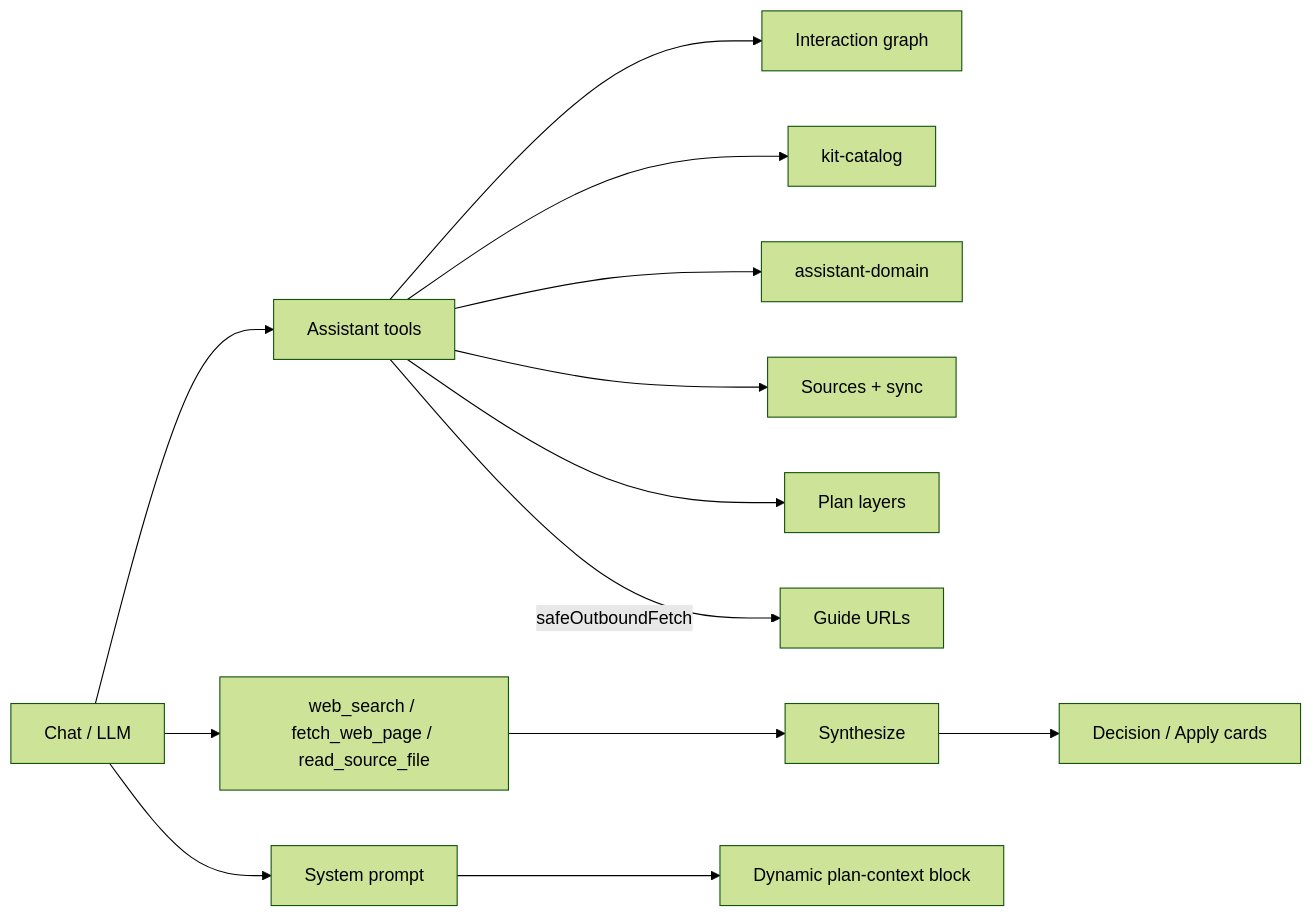
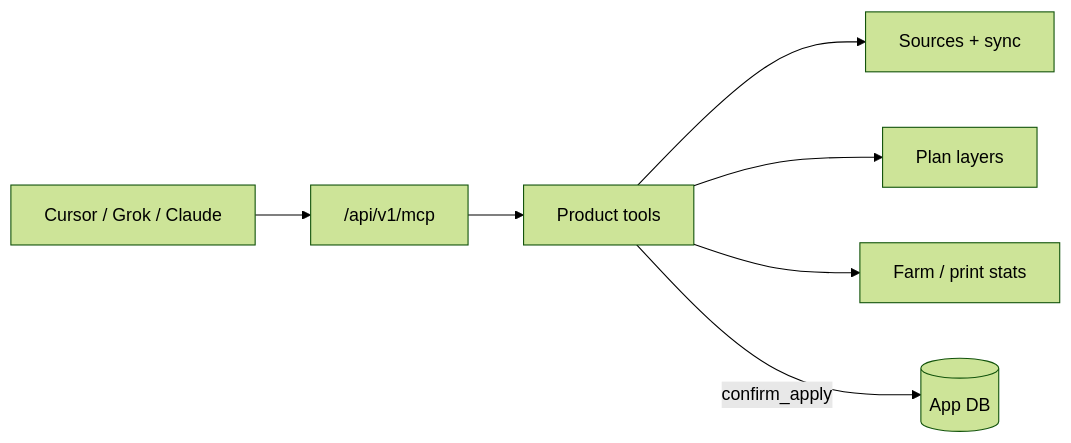
The fourth of 4 diagrams in docs/ARCHITECTURE.md (poitee/PrintPartnerPartner), drawn with Mermaid (forest theme) before and after one commit. The commit also changed other lines of this file and 17 other files, not shown here.

````diff
--- a/docs/ARCHITECTURE.md
+++ b/docs/ARCHITECTURE.md
@@ -109,15 +111,9 @@
 ```mermaid
 flowchart LR
-  Chat[Chat / LLM] --> Tools[Assistant tools]
-  Tools --> Graph[Interaction graph]
-  Tools --> Catalog[kit-catalog]
-  Tools --> Domain[assistant-domain]
+  Agent[Cursor / Grok / Claude] --> MCP["/api/v1/mcp"]
+  MCP --> Tools[Product tools]
   Tools --> Sources[Sources + sync]
   Tools --> Plan[Plan layers]
-  Tools -->|"safeOutboundFetch"| Web[Guide URLs]
-  Research[web_search / fetch_web_page / read_source_file] --> Synth[Synthesize]
-  Synth --> Cards[Decision / Apply cards]
-  Chat --> Research
-  Chat --> Prompt[System prompt]
-  Prompt --> PlanCtx[Dynamic plan-context block]
+  Tools --> Farm[Farm / print stats]
+  Tools -->|"confirm_apply"| DB[(App DB)]
 ```
````
